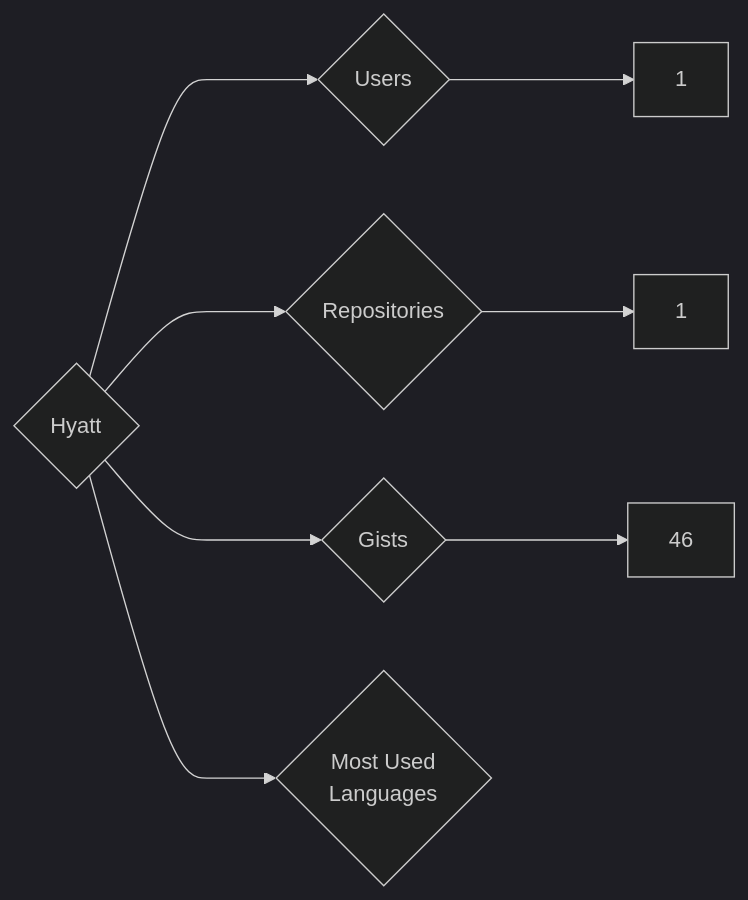
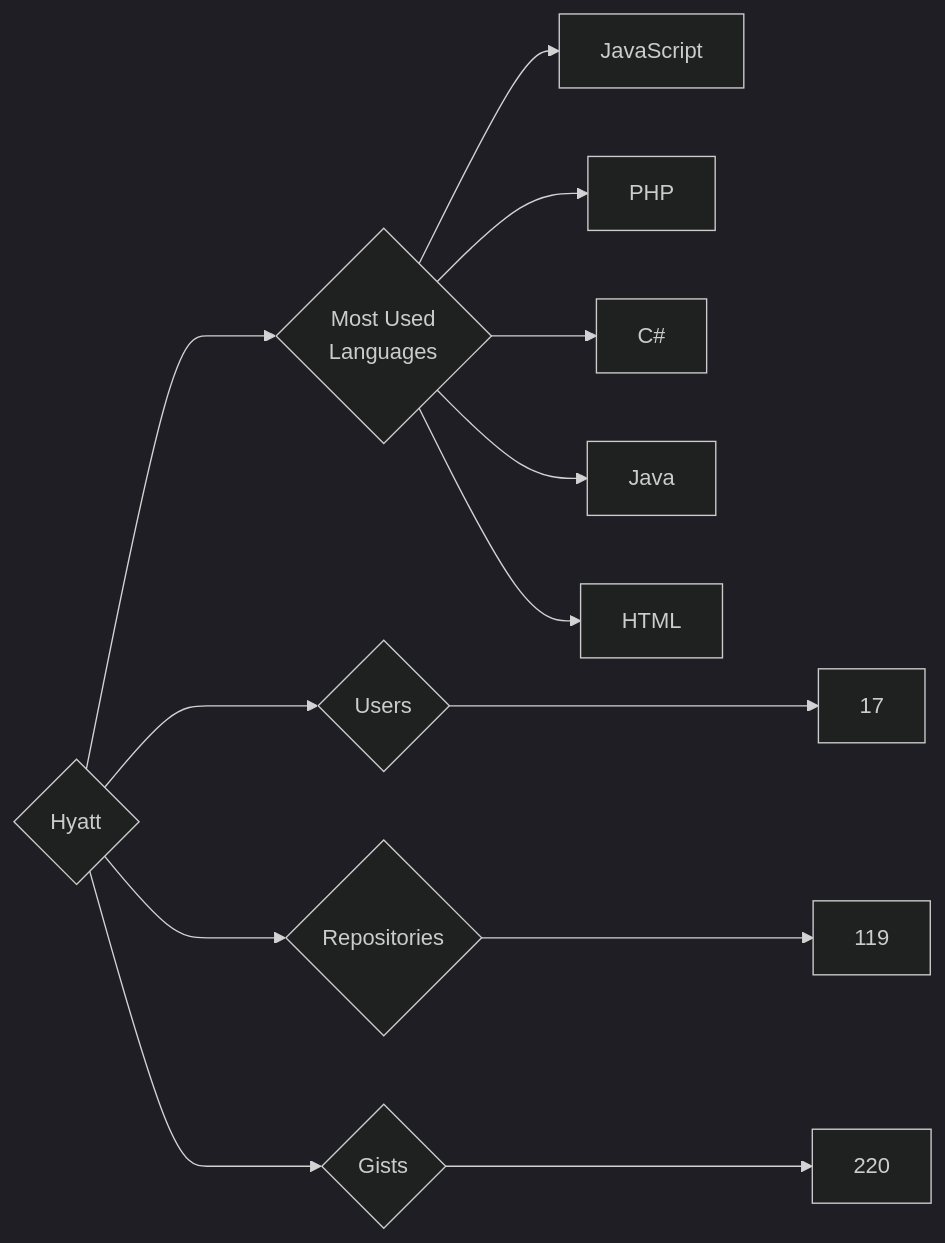
Before and after one commit to trickest/insiders: the diagram in targets/Hyatt/README.md, drawn with Mermaid (dark theme). The commit also changed 777 other files, not shown here.

````diff
--- a/targets/Hyatt/README.md
+++ b/targets/Hyatt/README.md
@@ -3,8 +3,13 @@
 ```mermaid
 graph LR
 COMPANY_NAME{Hyatt}
-COMPANY_NAME ---> U{Users} ---> UN[1]
-COMPANY_NAME ---> R{Repositories} ---> RN[1]
-COMPANY_NAME ---> G{Gists} ---> GN[46]
+COMPANY_NAME ---> U{Users} ---> UN[17]
+COMPANY_NAME ---> R{Repositories} ---> RN[119]
+COMPANY_NAME ---> G{Gists} ---> GN[220]
 COMPANY_NAME ---> ML{Most Used<br>Languages}
+ML --> JavaScript[JavaScript]
+ML --> PHP[PHP]
+ML --> C#[C#]
+ML --> Java[Java]
+ML --> HTML[HTML]
 ```
````
